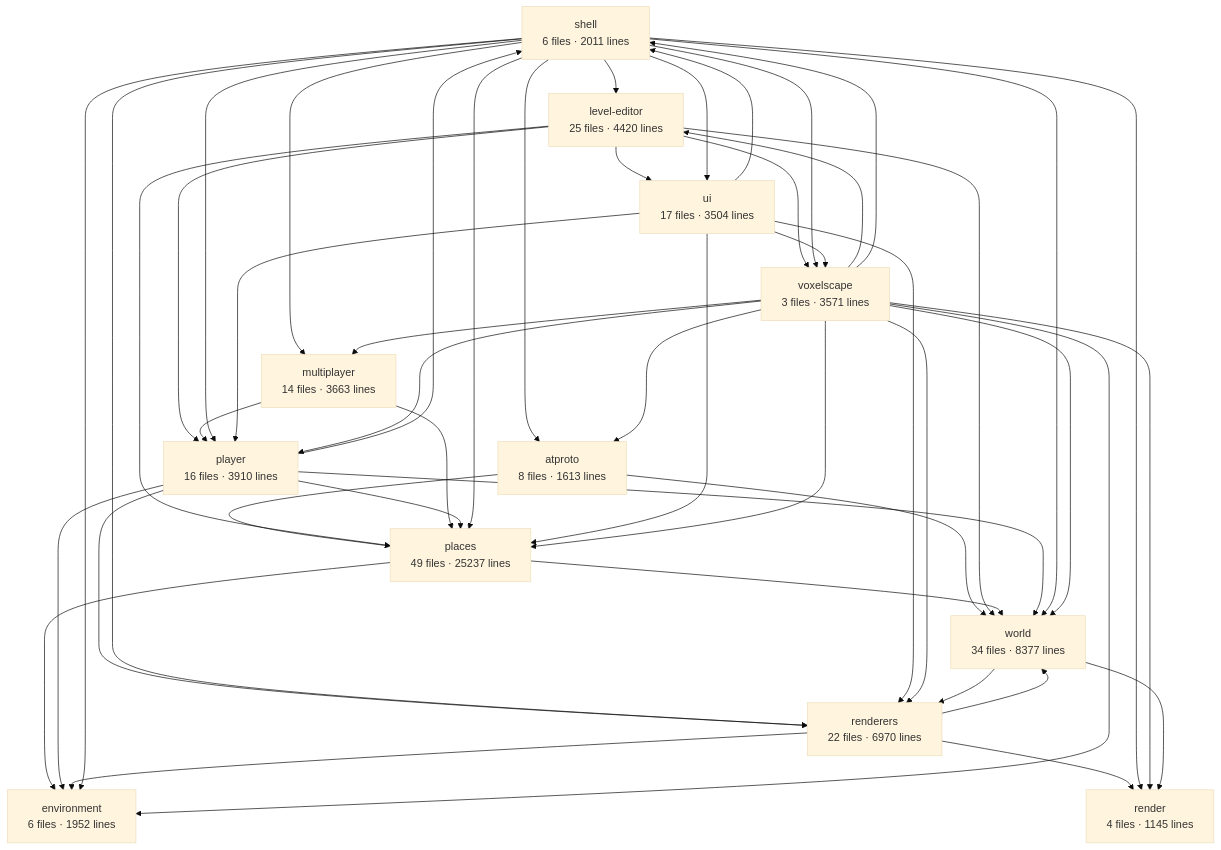
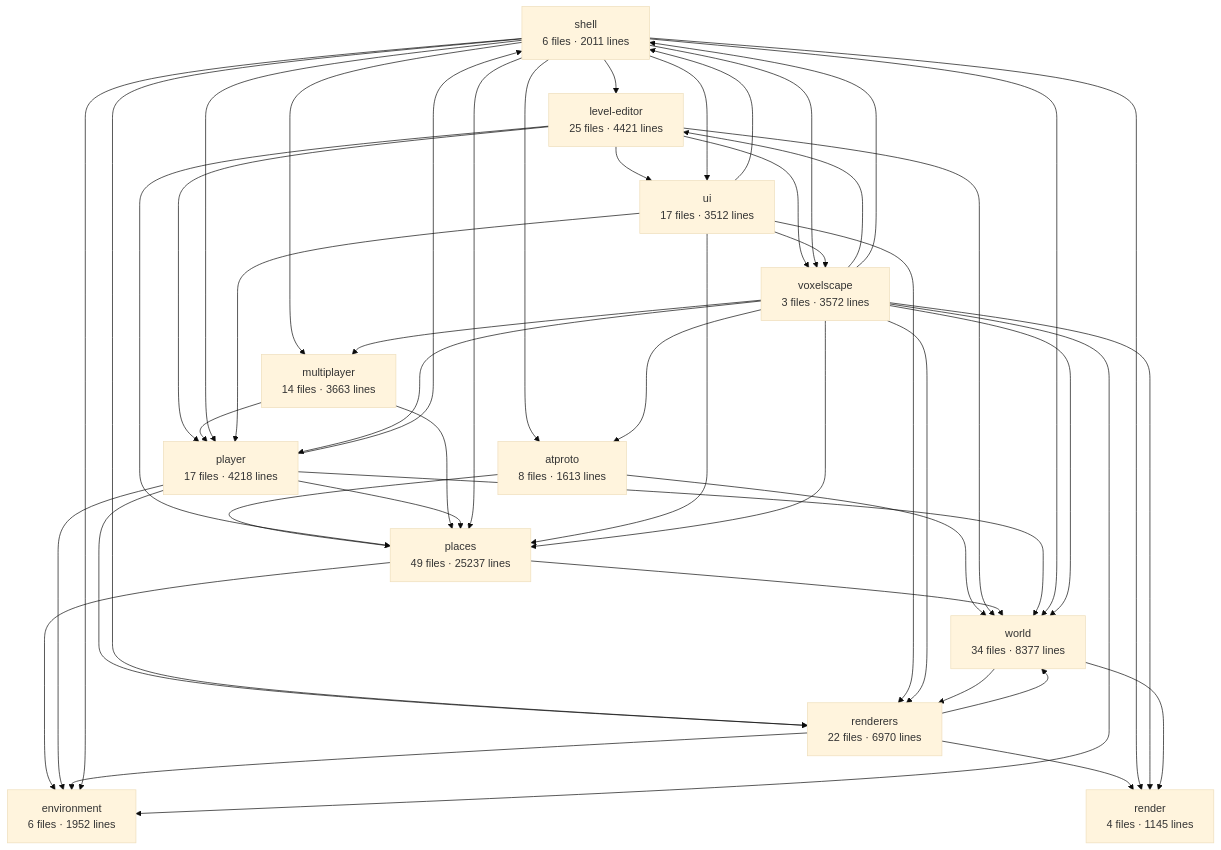
The diagram in apps/voxelscape/docs/architecture.md (big-mesh-studios/big-mesh-studios), drawn with Mermaid (base theme) before and after one commit. The commit also changed other lines of this file and 11 other files, not shown here.

````diff
--- a/apps/voxelscape/docs/architecture.md
+++ b/apps/voxelscape/docs/architecture.md
@@ -6,62 +6,62 @@
 ```mermaid
 graph TD
   shell["shell<br/>6 files · 2011 lines"]
-  voxelscape["voxelscape<br/>3 files · 3571 lines"]
+  voxelscape["voxelscape<br/>3 files · 3572 lines"]
   world["world<br/>34 files · 8377 lines"]
   renderers["renderers<br/>22 files · 6970 lines"]
   render["render<br/>4 files · 1145 lines"]
-  player["player<br/>16 files · 3910 lines"]
+  player["player<br/>17 files · 4218 lines"]
   multiplayer["multiplayer<br/>14 files · 3663 lines"]
   places["places<br/>49 files · 25237 lines"]
   environment["environment<br/>6 files · 1952 lines"]
   atproto["atproto<br/>8 files · 1613 lines"]
-  ui["ui<br/>17 files · 3504 lines"]
-  level-editor["level-editor<br/>25 files · 4420 lines"]
+  ui["ui<br/>17 files · 3512 lines"]
+  level-editor["level-editor<br/>25 files · 4421 lines"]
   atproto --> places
   atproto --> world
   level-editor --> places
   level-editor --> player
   level-editor --> ui
   level-editor --> voxelscape
   level-editor --> world
   multiplayer --> places
   multiplayer --> player
   places --> environment
   places --> world
   player --> environment
   player --> places
   player --> renderers
   player --> shell
   player --> world
   renderers --> environment
   renderers --> render
   renderers --> world
   shell --> atproto
   shell --> environment
   shell --> level-editor
   shell --> multiplayer
   shell --> places
   shell --> player
   shell --> render
   shell --> renderers
   shell --> ui
   shell --> voxelscape
   shell --> world
   ui --> places
   ui --> player
   ui --> renderers
   ui --> shell
   ui --> voxelscape
   voxelscape --> atproto
   voxelscape --> environment
   voxelscape --> level-editor
   voxelscape --> multiplayer
   voxelscape --> places
   voxelscape --> player
   voxelscape --> render
   voxelscape --> renderers
   voxelscape --> shell
   voxelscape --> world
   world --> render
   world --> renderers
 ```
````
